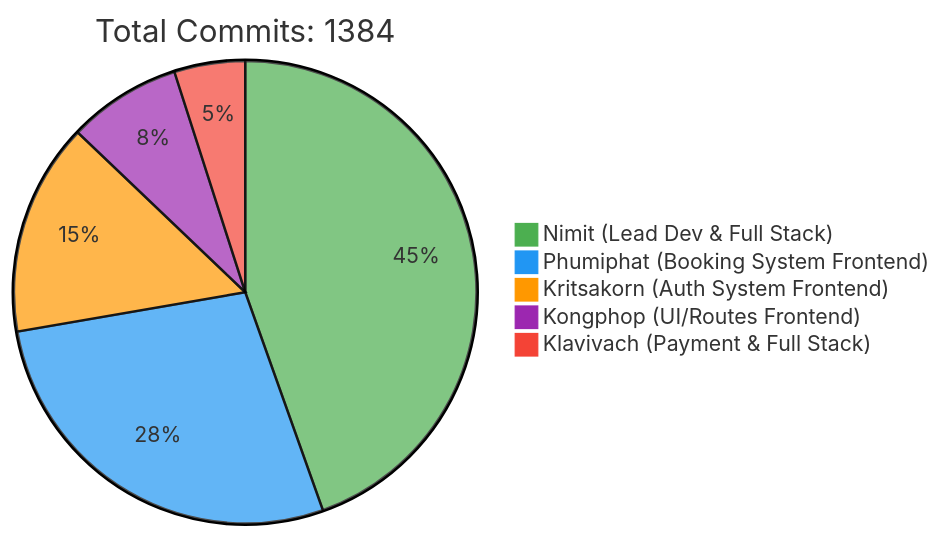
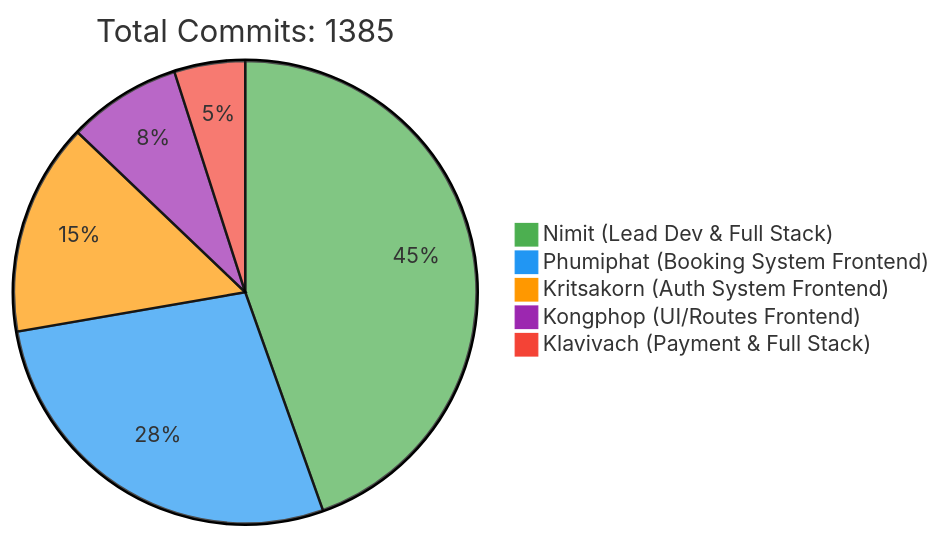
Before and after one commit to 6531503042/Sport-Complex: the first of 2 diagrams in README.md, drawn with Mermaid. The commit also changed other lines of this file, not shown here.

Commit message:
docs: Update contributor statistics [skip ci]

````diff
--- a/README.md
+++ b/README.md
@@ -257,10 +257,10 @@
 ```mermaid
 %%{init: {'theme': 'base', 'themeVariables': { 'pie1': '#4CAF50', 'pie2': '#2196F3', 'pie3': '#FF9800', 'pie4': '#9C27B0', 'pie5': '#F44336'}}}%%
 pie
-    title Total Commits: 1384
+    title Total Commits: 1385
     "Nimit (Lead Dev & Full Stack)" : 450
     "Phumiphat (Booking System Frontend)" : 280
     "Kritsakorn (Auth System Frontend)" : 150
     "Kongphop (UI/Routes Frontend)" : 80
     "Klavivach (Payment & Full Stack)" : 50
 ```
````
